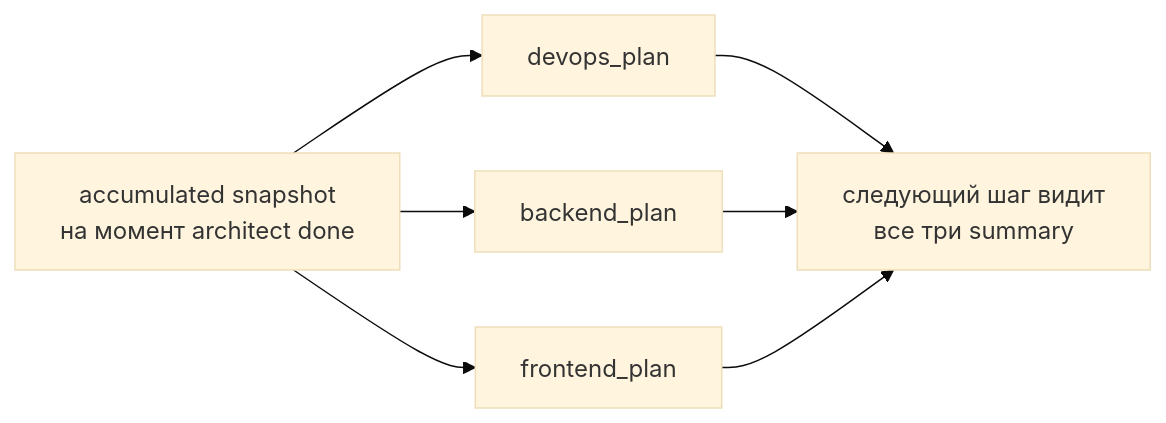
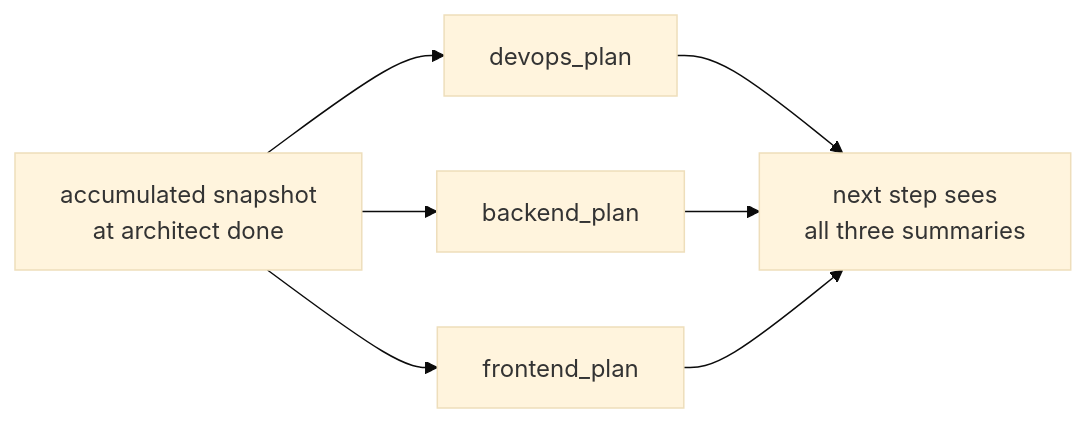
Before and after one commit to sergey-show/lambot-platform: the eighth of 17 diagrams in Architecture.md, drawn with Mermaid (base theme). The commit also changed other lines of this file and 119 other files, not shown here.

````diff
--- a/Architecture.md
+++ b/Architecture.md
@@ -401,10 +401,10 @@
 ```mermaid
 flowchart LR
-  ACC[accumulated snapshot<br/>на момент architect done]
+  ACC[accumulated snapshot<br/>at architect done]
   ACC --> D[devops_plan]
   ACC --> B[backend_plan]
   ACC --> F[frontend_plan]
-  D --> MERGE[следующий шаг видит<br/>все три summary]
+  D --> MERGE[next step sees<br/>all three summaries]
   B --> MERGE
   F --> MERGE
 ```
````
